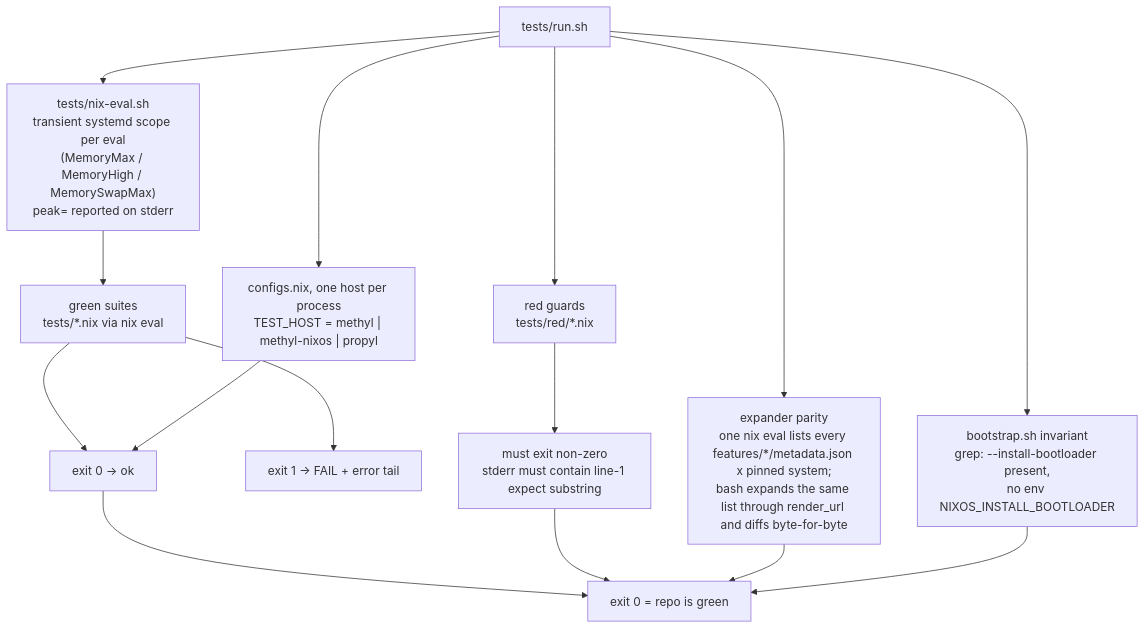
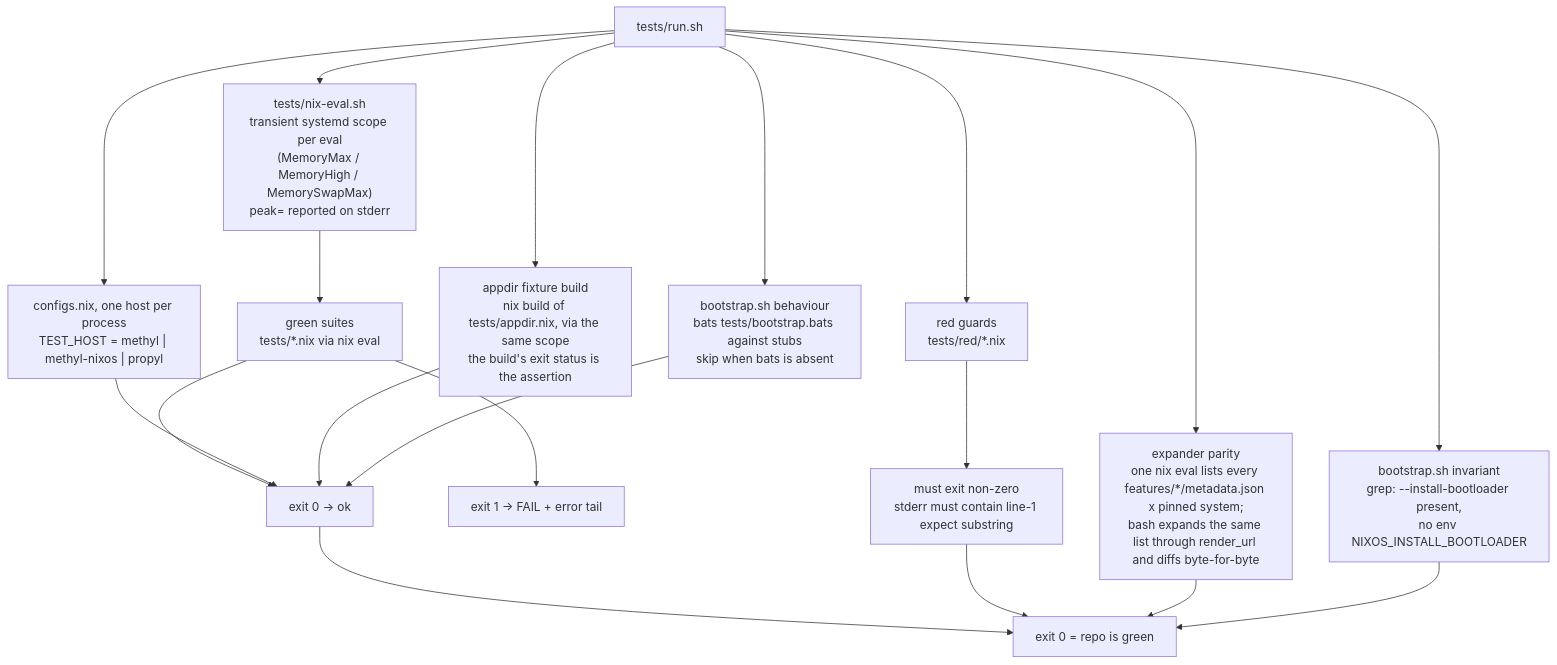
The first of 5 diagrams in TEST_DESIGN.md (WombatFromHell/automatic-palm-tree), drawn with Mermaid before and after one commit. The commit also changed other lines of this file and 28 other files, not shown here.

````diff
--- a/TEST_DESIGN.md
+++ b/TEST_DESIGN.md
@@ -9,17 +11,21 @@
 ```mermaid
 flowchart TD
   R["tests/run.sh"] --> N["tests/nix-eval.sh<br/>transient systemd scope per eval<br/>(MemoryMax / MemoryHigh / MemorySwapMax)<br/>peak= reported on stderr"]
   N --> G["green suites<br/>tests/*.nix via nix eval"]
   G --> G1["exit 0 → ok"]
   G --> G2["exit 1 → FAIL + error tail"]
   R --> C["configs.nix, one host per process<br/>TEST_HOST = methyl | methyl-nixos | propyl"]
   C --> G1
   R --> D["red guards<br/>tests/red/*.nix"]
   D --> D1["must exit non-zero<br/>stderr must contain line-1 expect substring"]
   R --> P["expander parity<br/>one nix eval lists every features/*/metadata.json x pinned system;<br/>bash expands the same list through render_url and diffs byte-for-byte"]
   R --> B["bootstrap.sh invariant<br/>grep: --install-bootloader present,<br/>no env NIXOS_INSTALL_BOOTLOADER"]
+  R --> A["appdir fixture build<br/>nix build of tests/appdir.nix, via the same scope<br/>the build's exit status is the assertion"]
+  A --> G1
+  R --> I["bootstrap.sh behaviour<br/>bats tests/bootstrap.bats against stubs<br/>skip when bats is absent"]
+  I --> G1
   G1 --> X["exit 0 = repo is green"]
   D1 --> X
   P --> X
   B --> X
 ```
````
